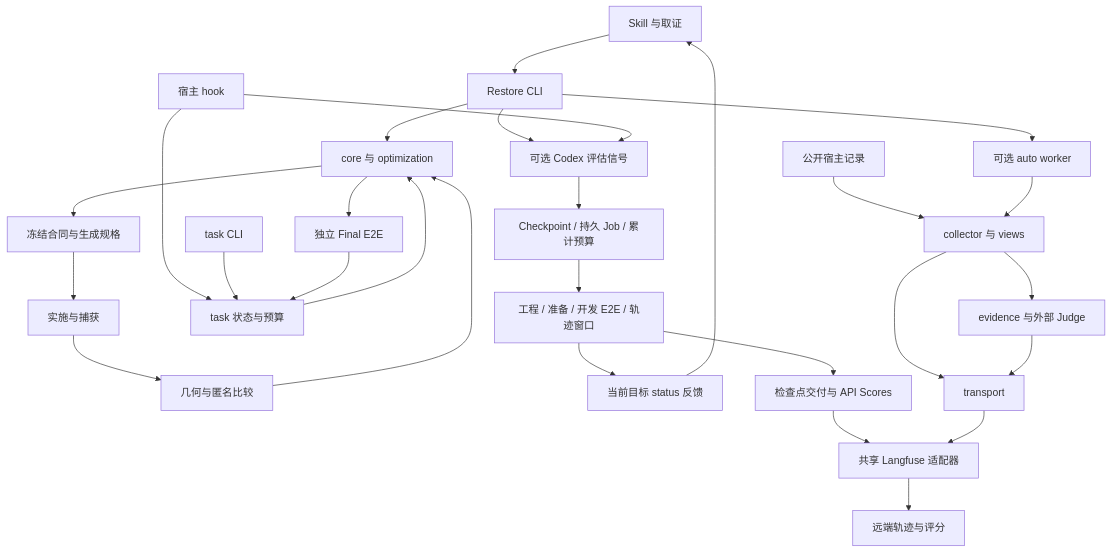
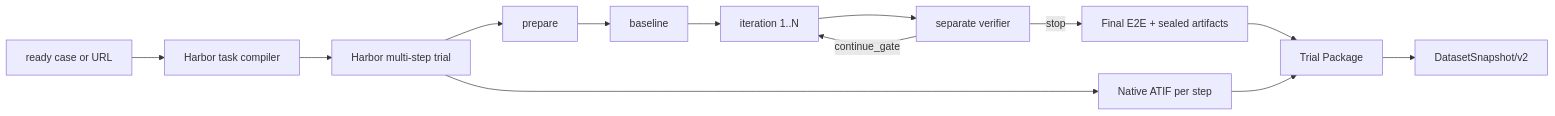
The diagram in docs/architecture.md (PlevanTem/ui-reverse-engineer), drawn with Mermaid before and after one commit. The commit also changed other lines of this file and 127 other files, not shown here.

First line of the commit message:
feat: migrate Restore to Harbor and automate URL-to-ATIF export (#10)

````diff
--- a/docs/architecture.md
+++ b/docs/architecture.md
@@ -49,30 +5,15 @@
 ```mermaid
-flowchart TD
-    S[Skill 与取证] --> C[Restore CLI]
-    C --> R[core 与 optimization]
-    R --> F[冻结合同与生成规格]
-    F --> B[实施与捕获]
-    B --> V[几何与匿名比较]
-    V --> R
-    R --> E[独立 Final E2E]
-    H[宿主 hook] --> T[task 状态与预算]
-    TC[task CLI] --> T
-    E --> T
-    T --> R
-    C --> K[可选 Codex 评估信号]
-    H --> K
-    K --> D[Checkpoint / 持久 Job / 累计预算]
-    D --> Q[工程 / 准备 / 开发 E2E / 轨迹窗口]
-    Q --> U[当前目标 status 反馈]
-    U --> S
-    Q --> Y[检查点交付与 API Scores]
-    Y --> L
-    C --> A[可选 auto worker]
-    J[公开宿主记录] --> O[collector 与 views]
-    A --> O
-    O --> P[evidence 与外部 Judge]
-    O --> X[transport]
-    P --> X
-    X --> L[共享 Langfuse 适配器]
-    L --> N[远端轨迹与评分]
+flowchart LR
+  A[ready case or URL] --> B[Harbor task compiler]
+  B --> C[Harbor multi-step trial]
+  C --> D[prepare]
+  D --> E[baseline]
+  E --> F[iteration 1..N]
+  F --> G[separate verifier]
+  G -->|continue_gate| F
+  G -->|stop| H[Final E2E + sealed artifacts]
+  C --> I[Native ATIF per step]
+  H --> J[Trial Package]
+  I --> J
+  J --> K[DatasetSnapshot/v2]
 ```
````
